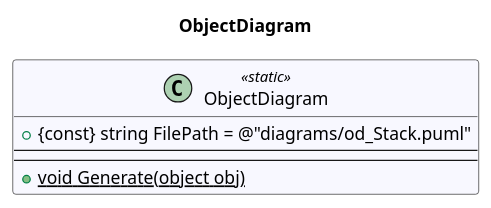
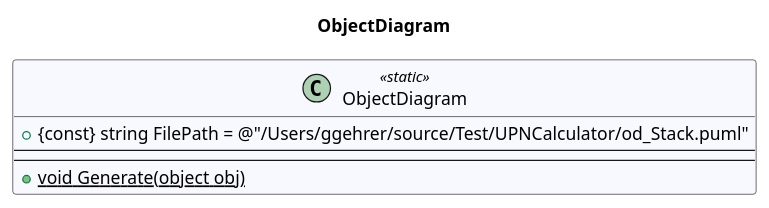
The diagram in UPNCalculator.ConApp/diagrams/cd_ObjectDiagram.puml (leoggehrer/2324-34_ABIF_ACIF_POSE), drawn with PlantUML before and after one commit. The commit also changed 37 other files, not shown here.

```diff
--- a/UPNCalculator.ConApp/diagrams/cd_ObjectDiagram.puml
+++ b/UPNCalculator.ConApp/diagrams/cd_ObjectDiagram.puml
@@ -1,9 +1,9 @@
 @startuml ObjectDiagram
 title ObjectDiagram
  class ObjectDiagram << static >> #GhostWhite {
-+ {const} string FilePath = @"diagrams/od_Stack.puml"
++ {const} string FilePath = @"/Users/ggehrer/source/Test/UPNCalculator/od_Stack.puml"
 ---
 ---
 + {static} void Generate(object obj)
 }
 @enduml
```
